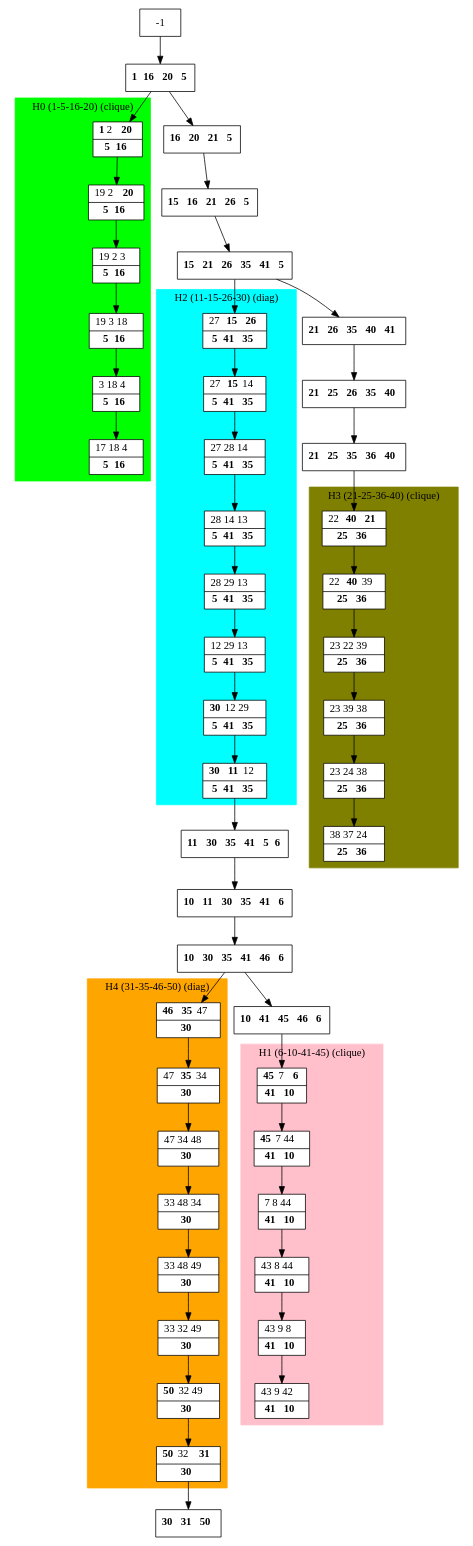
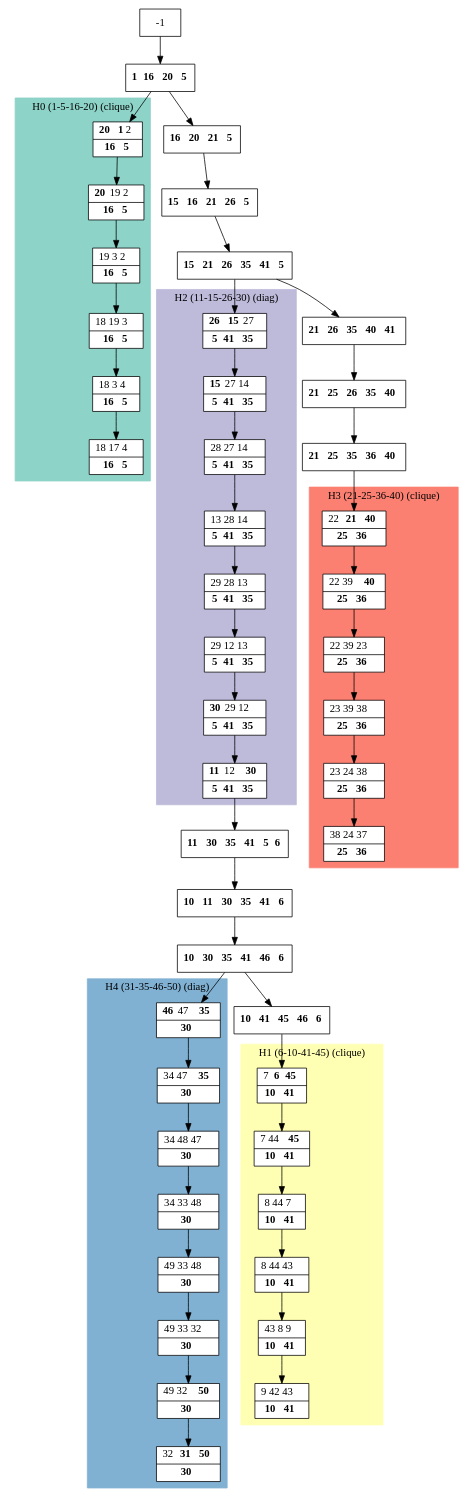
Before and after one commit to bmarchand/auto-dp: the diagram in results/dot_files/processed_C5.dot, drawn with Graphviz. The commit also changed 93 other files, not shown here.

```diff
--- a/results/dot_files/processed_C5.dot
+++ b/results/dot_files/processed_C5.dot
@@ -1,106 +1,104 @@
 digraph G {
     node [shape=box];
     subgraph cluster0 {
         node [style=filled,fillcolor=white];
         labeljust="l";
         style=filled;
-        color=lime;
+        color="#8DD3C7";
         H0_0 -> H0_1 -> H0_2 -> H0_3 -> H0_4 -> H0_5;
         label="H0 (1-5-16-20) (clique)";
     }
     subgraph cluster1 {
         node [style=filled,fillcolor=white];
         labeljust="l";
         style=filled;
-        color=pink;
+        color="#FFFFB3";
         H1_0 -> H1_1 -> H1_2 -> H1_3 -> H1_4 -> H1_5;
         label="H1 (6-10-41-45) (clique)";
     }
     subgraph cluster2 {
         node [style=filled,fillcolor=white];
         labeljust="l";
         style=filled;
-        color=cyan;
+        color="#BEBADA";
         H2_7 -> H2_6 -> H2_5 -> H2_4 -> H2_3 -> H2_2 -> H2_1 -> H2_0;
         label="H2 (11-15-26-30) (diag)";
     }
     subgraph cluster3 {
         node [style=filled,fillcolor=white];
         labeljust="l";
         style=filled;
-        color=olive;
+        color="#FB8072";
         H3_0 -> H3_1 -> H3_2 -> H3_3 -> H3_4 -> H3_5;
         label="H3 (21-25-36-40) (clique)";
     }
     subgraph cluster4 {
         node [style=filled,fillcolor=white];
         labeljust="l";
         style=filled;
-        color=orange;
+        color="#80B1D3";
         H4_7 -> H4_6 -> H4_5 -> H4_4 -> H4_3 -> H4_2 -> H4_1 -> H4_0;
         label="H4 (31-35-46-50) (diag)";
     }
      1 [shape=record,label= <{ <b>1</b> <b>16</b> <b>20</b> <b>5</b>}> ];
      -1  ->  1;
-     H0_0 [shape=record,label= <{ <b>1</b> 2 <b>20</b>|  <b>5</b> <b>16</b>}> ];
+     H0_0 [shape=record,label= <{ <b>20</b> <b>1</b> 2|  <b>16</b> <b>5</b>}> ];
      1  ->  H0_0;
-     H0_1 [shape=record,label= <{ 19 2 <b>20</b>|  <b>5</b> <b>16</b>}> ];
-     H0_2 [shape=record,label= <{ 19 2 3|  <b>5</b> <b>16</b>}> ];
-     H0_3 [shape=record,label= <{ 19 3 18|  <b>5</b> <b>16</b>}> ];
-     H0_4 [shape=record,label= <{ 3 18 4|  <b>5</b> <b>16</b>}> ];
-     H0_5 [shape=record,label= <{ 17 18 4|  <b>5</b> <b>16</b>}> ];
+     H0_1 [shape=record,label= <{ <b>20</b> 19 2|  <b>16</b> <b>5</b>}> ];
+     H0_2 [shape=record,label= <{ 19 3 2|  <b>16</b> <b>5</b>}> ];
+     H0_3 [shape=record,label= <{ 18 19 3|  <b>16</b> <b>5</b>}> ];
+     H0_4 [shape=record,label= <{ 18 3 4|  <b>16</b> <b>5</b>}> ];
+     H0_5 [shape=record,label= <{ 18 17 4|  <b>16</b> <b>5</b>}> ];
      28 [shape=record,label= <{ <b>16</b> <b>20</b> <b>21</b> <b>5</b>}> ];
      1  ->  28;
      26 [shape=record,label= <{ <b>15</b> <b>16</b> <b>21</b> <b>26</b> <b>5</b>}> ];
      28  ->  26;
      25 [shape=record,label= <{ <b>15</b> <b>21</b> <b>26</b> <b>35</b> <b>41</b> <b>5</b>}> ];
      26  ->  25;
      29 [shape=record,label= <{ <b>21</b> <b>26</b> <b>35</b> <b>40</b> <b>41</b>}> ];
      25  ->  29;
      32 [shape=record,label= <{ <b>21</b> <b>25</b> <b>26</b> <b>35</b> <b>40</b>}> ];
      29  ->  32;
      33 [shape=record,label= <{ <b>21</b> <b>25</b> <b>35</b> <b>36</b> <b>40</b>}> ];
      32  ->  33;
-     H3_0 [shape=record,label= <{ 22 <b>40</b> <b>21</b>|  <b>25</b> <b>36</b>}> ];
+     H3_0 [shape=record,label= <{ 22 <b>21</b> <b>40</b>|  <b>25</b> <b>36</b>}> ];
      33  ->  H3_0;
-     H3_1 [shape=record,label= <{ 22 <b>40</b> 39|  <b>25</b> <b>36</b>}> ];
-     H3_2 [shape=record,label= <{ 23 22 39|  <b>25</b> <b>36</b>}> ];
+     H3_1 [shape=record,label= <{ 22 39 <b>40</b>|  <b>25</b> <b>36</b>}> ];
+     H3_2 [shape=record,label= <{ 22 39 23|  <b>25</b> <b>36</b>}> ];
      H3_3 [shape=record,label= <{ 23 39 38|  <b>25</b> <b>36</b>}> ];
      H3_4 [shape=record,label= <{ 23 24 38|  <b>25</b> <b>36</b>}> ];
-     H3_5 [shape=record,label= <{ 38 37 24|  <b>25</b> <b>36</b>}> ];
-     H2_7 [shape=record,label= <{ 27 <b>15</b> <b>26</b>|  <b>5</b> <b>41</b> <b>35</b>}> ];
+     H3_5 [shape=record,label= <{ 38 24 37|  <b>25</b> <b>36</b>}> ];
+     H2_7 [shape=record,label= <{ <b>26</b> <b>15</b> 27|  <b>5</b> <b>41</b> <b>35</b>}> ];
      25  ->  H2_7;
-     H2_6 [shape=record,label= <{ 27 <b>15</b> 14|  <b>5</b> <b>41</b> <b>35</b>}> ];
-     H2_5 [shape=record,label= <{ 27 28 14|  <b>5</b> <b>41</b> <b>35</b>}> ];
-     H2_4 [shape=record,label= <{ 28 14 13|  <b>5</b> <b>41</b> <b>35</b>}> ];
-     H2_3 [shape=record,label= <{ 28 29 13|  <b>5</b> <b>41</b> <b>35</b>}> ];
-     H2_2 [shape=record,label= <{ 12 29 13|  <b>5</b> <b>41</b> <b>35</b>}> ];
-     H2_1 [shape=record,label= <{ <b>30</b> 12 29|  <b>5</b> <b>41</b> <b>35</b>}> ];
-     H2_0 [shape=record,label= <{ <b>30</b> <b>11</b> 12|  <b>5</b> <b>41</b> <b>35</b>}> ];
-     22 [shape=record,label= <{ <b>11</b> <b>30</b> <b>35</b> <b>41</b> <b>5</b> <b>6</b>}> ];
-     H2_0  ->  22;
+     H2_6 [shape=record,label= <{ <b>15</b> 27 14|  <b>5</b> <b>41</b> <b>35</b>}> ];
+     H2_5 [shape=record,label= <{ 28 27 14|  <b>5</b> <b>41</b> <b>35</b>}> ];
+     H2_4 [shape=record,label= <{ 13 28 14|  <b>5</b> <b>41</b> <b>35</b>}> ];
+     H2_3 [shape=record,label= <{ 29 28 13|  <b>5</b> <b>41</b> <b>35</b>}> ];
+     H2_2 [shape=record,label= <{ 29 12 13|  <b>5</b> <b>41</b> <b>35</b>}> ];
+     H2_1 [shape=record,label= <{ <b>30</b> 29 12|  <b>5</b> <b>41</b> <b>35</b>}> ];
+     H2_0 [shape=record,label= <{ <b>11</b> 12 <b>30</b>|  <b>5</b> <b>41</b> <b>35</b>}> ];
+     9 [shape=record,label= <{ <b>11</b> <b>30</b> <b>35</b> <b>41</b> <b>5</b> <b>6</b>}> ];
+     H2_0  ->  9;
      11 [shape=record,label= <{ <b>10</b> <b>11</b> <b>30</b> <b>35</b> <b>41</b> <b>6</b>}> ];
-     22  ->  11;
+     9  ->  11;
      12 [shape=record,label= <{ <b>10</b> <b>30</b> <b>35</b> <b>41</b> <b>46</b> <b>6</b>}> ];
      11  ->  12;
      13 [shape=record,label= <{ <b>10</b> <b>41</b> <b>45</b> <b>46</b> <b>6</b>}> ];
      12  ->  13;
-     H1_0 [shape=record,label= <{ <b>45</b> 7 <b>6</b>|  <b>41</b> <b>10</b>}> ];
+     H1_0 [shape=record,label= <{ 7 <b>6</b> <b>45</b>|  <b>10</b> <b>41</b>}> ];
      13  ->  H1_0;
-     H1_1 [shape=record,label= <{ <b>45</b> 7 44|  <b>41</b> <b>10</b>}> ];
-     H1_2 [shape=record,label= <{ 7 8 44|  <b>41</b> <b>10</b>}> ];
-     H1_3 [shape=record,label= <{ 43 8 44|  <b>41</b> <b>10</b>}> ];
-     H1_4 [shape=record,label= <{ 43 9 8|  <b>41</b> <b>10</b>}> ];
-     H1_5 [shape=record,label= <{ 43 9 42|  <b>41</b> <b>10</b>}> ];
-     H4_7 [shape=record,label= <{ <b>46</b> <b>35</b> 47|  <b>30</b>}> ];
+     H1_1 [shape=record,label= <{ 7 44 <b>45</b>|  <b>10</b> <b>41</b>}> ];
+     H1_2 [shape=record,label= <{ 8 44 7|  <b>10</b> <b>41</b>}> ];
+     H1_3 [shape=record,label= <{ 8 44 43|  <b>10</b> <b>41</b>}> ];
+     H1_4 [shape=record,label= <{ 43 8 9|  <b>10</b> <b>41</b>}> ];
+     H1_5 [shape=record,label= <{ 9 42 43|  <b>10</b> <b>41</b>}> ];
+     H4_7 [shape=record,label= <{ <b>46</b> 47 <b>35</b>|  <b>30</b>}> ];
      12  ->  H4_7;
-     H4_6 [shape=record,label= <{ 47 <b>35</b> 34|  <b>30</b>}> ];
-     H4_5 [shape=record,label= <{ 47 34 48|  <b>30</b>}> ];
-     H4_4 [shape=record,label= <{ 33 48 34|  <b>30</b>}> ];
-     H4_3 [shape=record,label= <{ 33 48 49|  <b>30</b>}> ];
-     H4_2 [shape=record,label= <{ 33 32 49|  <b>30</b>}> ];
-     H4_1 [shape=record,label= <{ <b>50</b> 32 49|  <b>30</b>}> ];
-     H4_0 [shape=record,label= <{ <b>50</b> 32 <b>31</b>|  <b>30</b>}> ];
-     43 [shape=record,label= <{ <b>30</b> <b>31</b> <b>50</b>}> ];
-     H4_0  ->  43;
+     H4_6 [shape=record,label= <{ 34 47 <b>35</b>|  <b>30</b>}> ];
+     H4_5 [shape=record,label= <{ 34 48 47|  <b>30</b>}> ];
+     H4_4 [shape=record,label= <{ 34 33 48|  <b>30</b>}> ];
+     H4_3 [shape=record,label= <{ 49 33 48|  <b>30</b>}> ];
+     H4_2 [shape=record,label= <{ 49 33 32|  <b>30</b>}> ];
+     H4_1 [shape=record,label= <{ 49 32 <b>50</b>|  <b>30</b>}> ];
+     H4_0 [shape=record,label= <{ 32 <b>31</b> <b>50</b>|  <b>30</b>}> ];
 }
```
